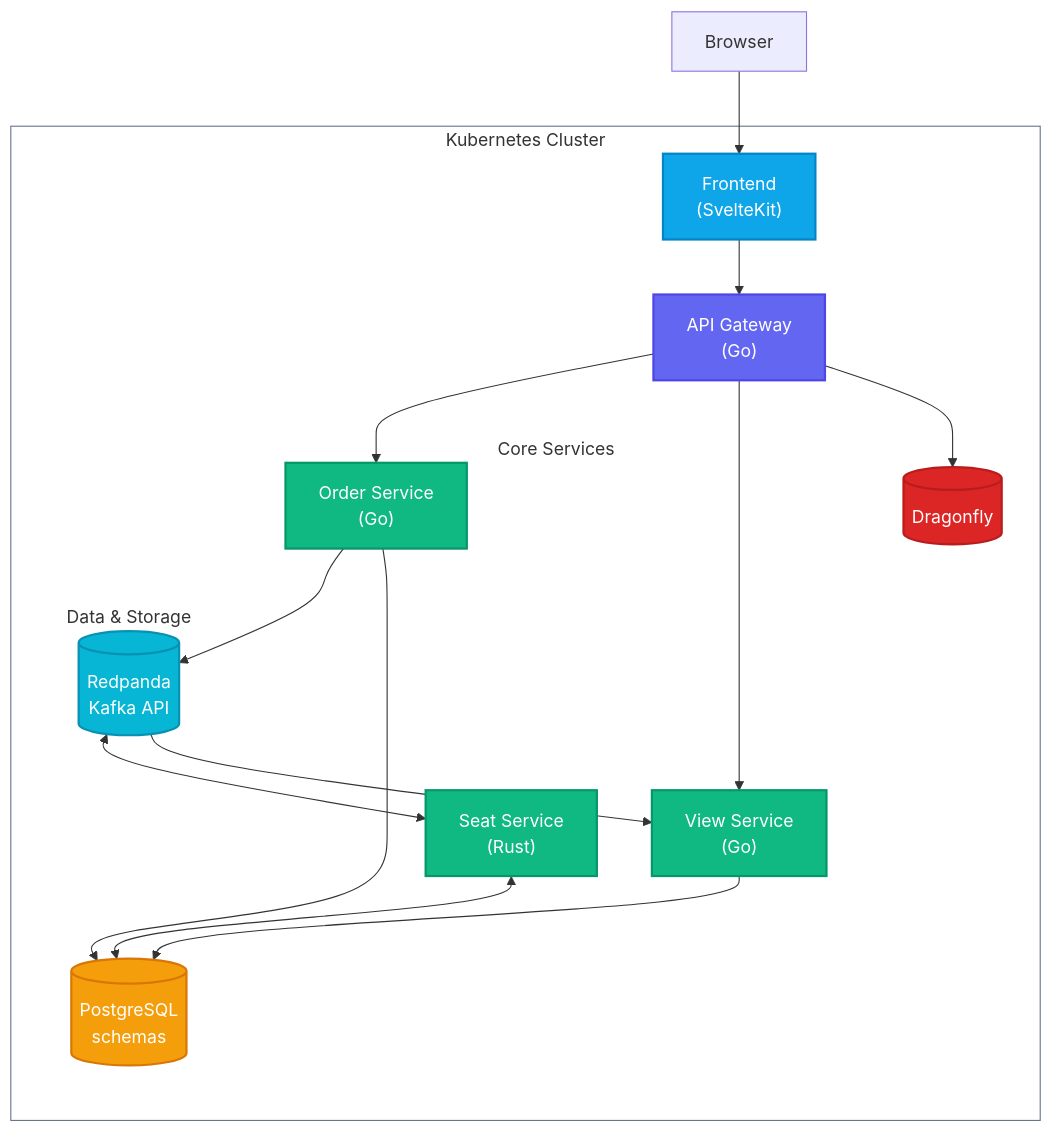
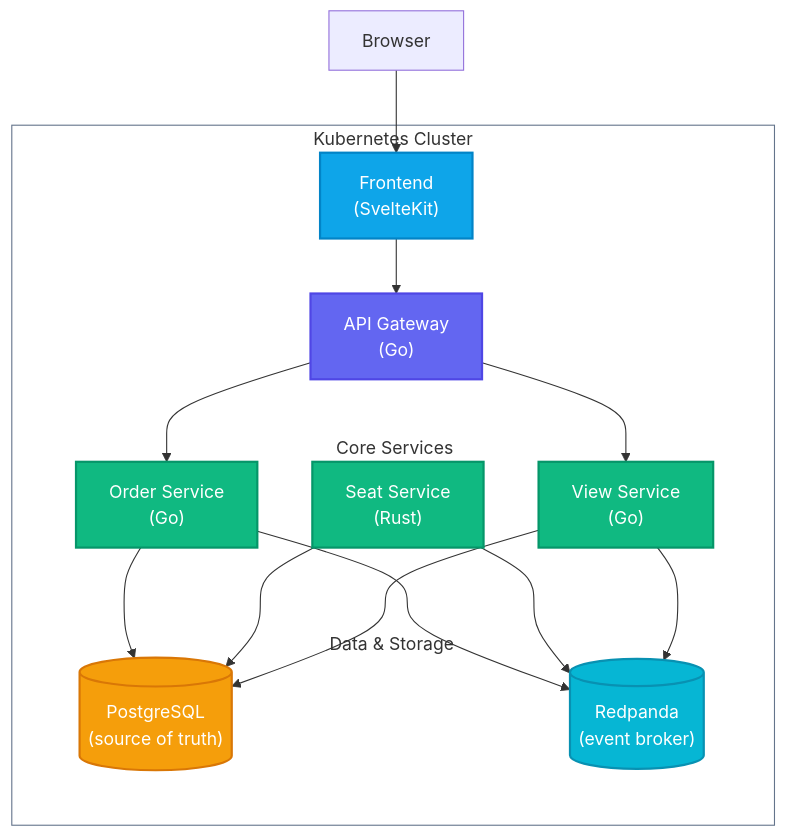
The diagram in README.md (robbdimitrov/velox), drawn with Mermaid before and after one commit.

Commit message:
docs: refine architecture diagram routing

````diff
--- a/README.md
+++ b/README.md
@@ -17,51 +17,36 @@
 ```mermaid
 graph TD
     Browser["Browser"]
 
     subgraph cluster ["Kubernetes Cluster"]
         Frontend["Frontend<br>(SvelteKit)"]:::frontend
         Gateway["API Gateway<br>(Go)"]:::gateway
-        Cache[("Dragonfly")]:::cache
 
         subgraph services ["Core Services"]
             Orders["Order Service<br>(Go)"]:::backend
             Seats["Seat Service<br>(Rust)"]:::backend
             Views["View Service<br>(Go)"]:::backend
         end
 
         subgraph data ["Data & Storage"]
-            DB[("PostgreSQL<br>schemas")]:::database
-            Redpanda[("Redpanda<br>Kafka API")]:::broker
+            DB[("PostgreSQL<br>(source of truth)")]:::database
+            Redpanda[("Redpanda<br>(event broker)")]:::broker
         end
     end
 
     Browser --> Frontend
     Frontend --> Gateway
-    Gateway --> Cache
-    
-    %% CQRS Command Path
-    Gateway --> Orders
-    Orders --> DB
-    Orders --> Redpanda
-    
-    %% Choreography
-    Seats <--> DB
-    Redpanda <--> Seats
-    
-    %% CQRS Read Path
-    Gateway --> Views
-    Redpanda --> Views
-    Views --> DB
+    Gateway --> Orders & Views
+    Orders & Seats & Views --> DB & Redpanda
 
     %% Standardized Accessible Color Palette
     classDef frontend fill:#0ea5e9,stroke:#0284c7,stroke-width:2px,color:#fff
     classDef gateway fill:#6366f1,stroke:#4f46e5,stroke-width:2px,color:#fff
     classDef backend fill:#10b981,stroke:#059669,stroke-width:2px,color:#fff
     classDef database fill:#f59e0b,stroke:#d97706,stroke-width:2px,color:#fff
-    classDef cache fill:#dc2626,stroke:#b91c1c,stroke-width:2px,color:#fff
     classDef broker fill:#06b6d4,stroke:#0891b2,stroke-width:2px,color:#fff
 
     style cluster fill:transparent,stroke:#64748b
     style services fill:transparent,stroke:transparent
     style data fill:transparent,stroke:transparent
 ```
````
